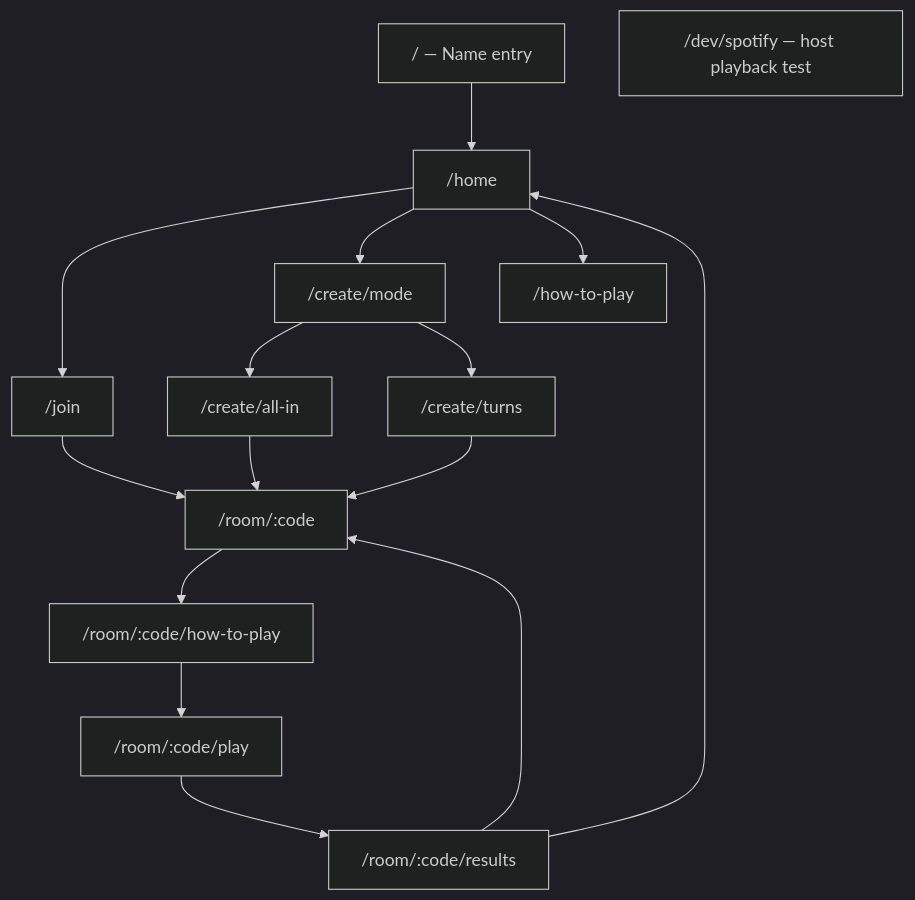
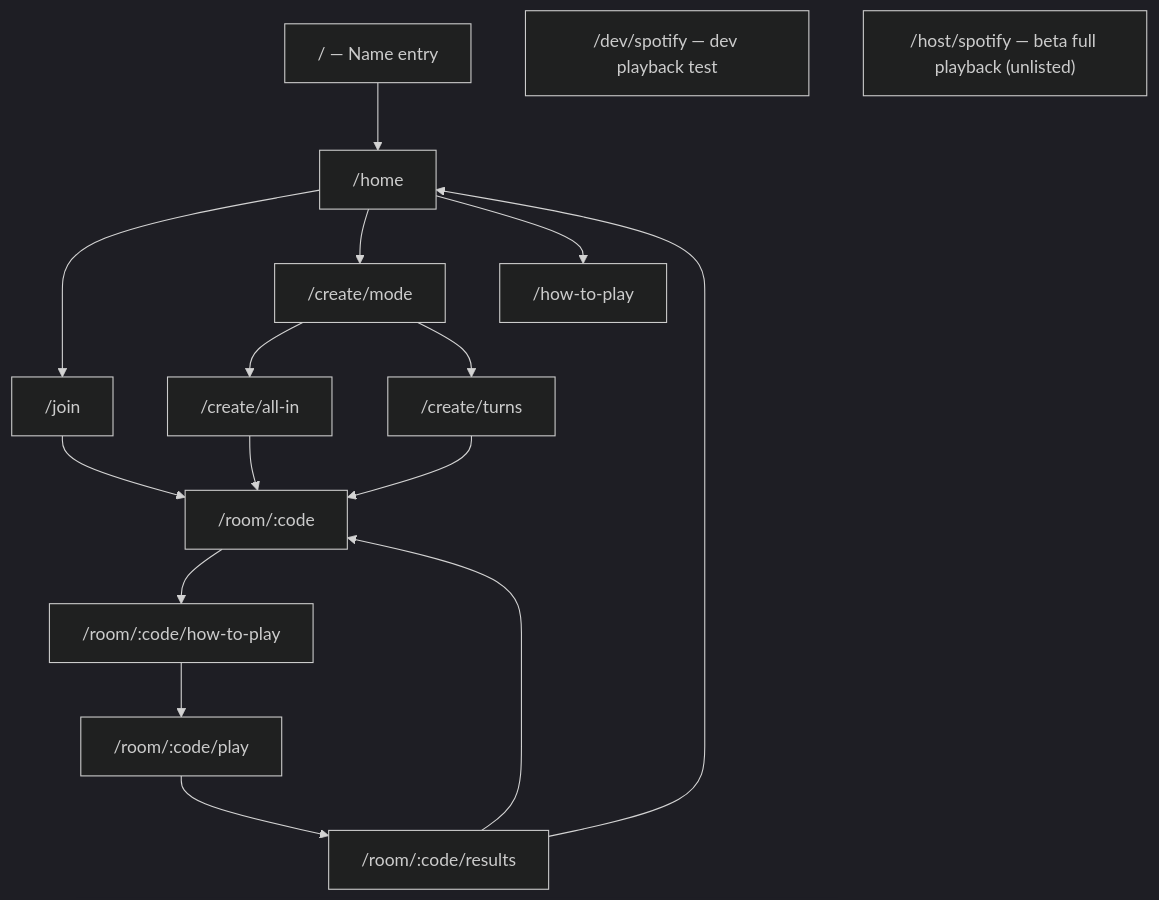
One commit to samirr2502/spot-the-song changed the first of 7 diagrams in docs/SCREEN_FLOW.md. Above: the diagram before and after it, drawn with Mermaid (dark theme). The commit also changed other lines of this file and 71 other files, not shown here.

````diff
--- a/docs/SCREEN_FLOW.md
+++ b/docs/SCREEN_FLOW.md
@@ -9,18 +9,19 @@
 ```mermaid
 flowchart TD
   Landing["/ — Name entry"] --> Home["/home"]
   Home --> Join["/join"]
   Home --> Mode["/create/mode"]
   Home --> HowTo["/how-to-play"]
   Mode --> AllInSetup["/create/all-in"]
   Mode --> TurnsSetup["/create/turns"]
   AllInSetup --> Lobby["/room/:code"]
   TurnsSetup --> Lobby
   Join --> Lobby
   Lobby --> HowToPlay["/room/:code/how-to-play"]
   HowToPlay --> Play["/room/:code/play"]
   Play --> Results["/room/:code/results"]
   Results --> Home
   Results --> Lobby
-  DevSpotify["/dev/spotify — host playback test"]
+  DevSpotify["/dev/spotify — dev playback test"]
+  HostSpotify["/host/spotify — beta full playback (unlisted)"]
 ```
````
